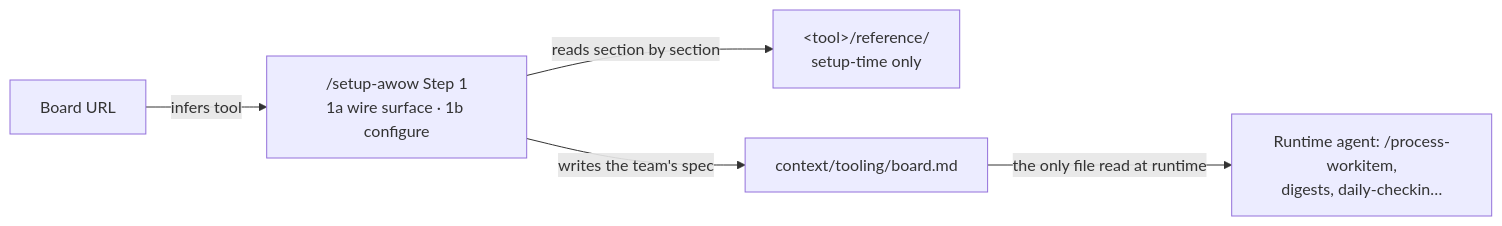
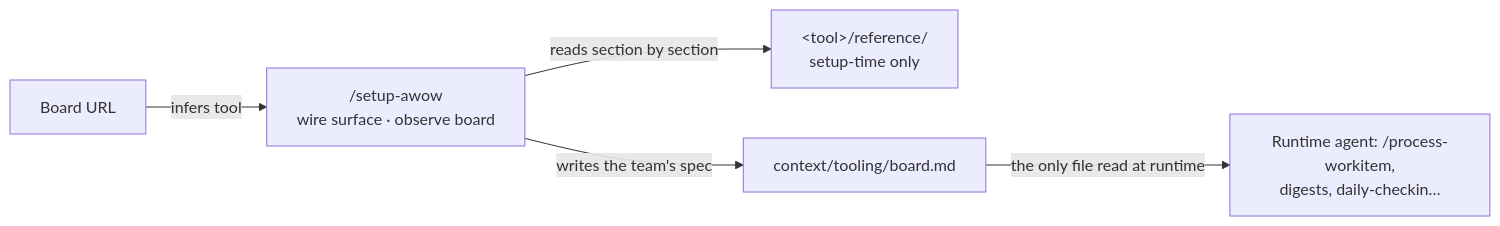
The diagram in guides/guide-board-and-mcp.md (CauchyIO/awow), drawn with Mermaid before and after one commit. The commit also changed other lines of this file and 1293 other files, not shown here.

````diff
--- a/guides/guide-board-and-mcp.md
+++ b/guides/guide-board-and-mcp.md
@@ -26,7 +26,7 @@
 ```mermaid
 flowchart LR
-  url[Board URL] -->|infers tool| wiz["/setup-awow Step 1<br/>1a wire surface · 1b configure"]
+  url[Board URL] -->|infers tool| wiz["/setup-awow<br/>wire surface · observe board"]
   wiz -->|reads section by section| ref["&lt;tool&gt;/reference/<br/>setup-time only"]
   wiz -->|writes the team's spec| board["context/tooling/board.md"]
   board -->|the only file read at runtime| agent["Runtime agent: /process-workitem,<br/>digests, daily-checkin…"]
 ```
````
